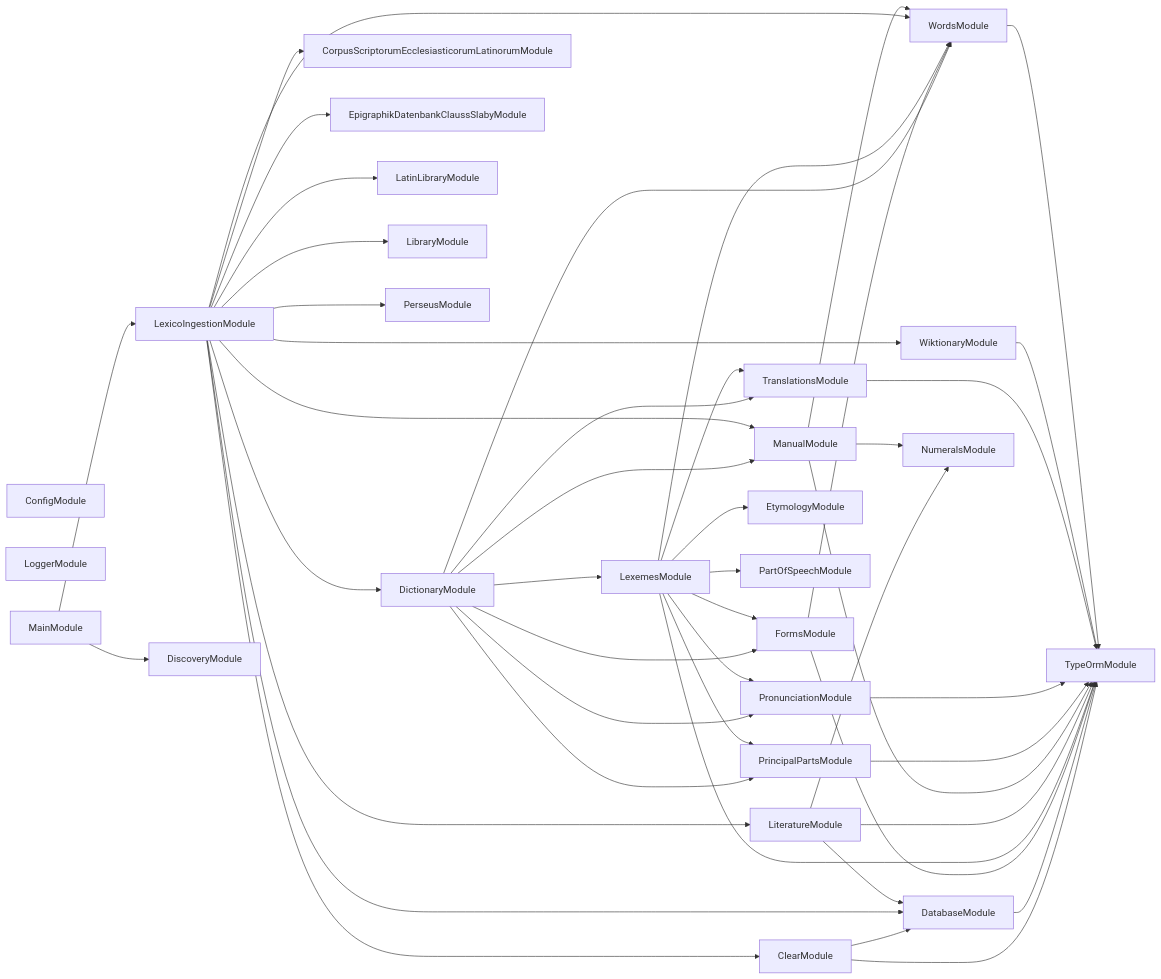
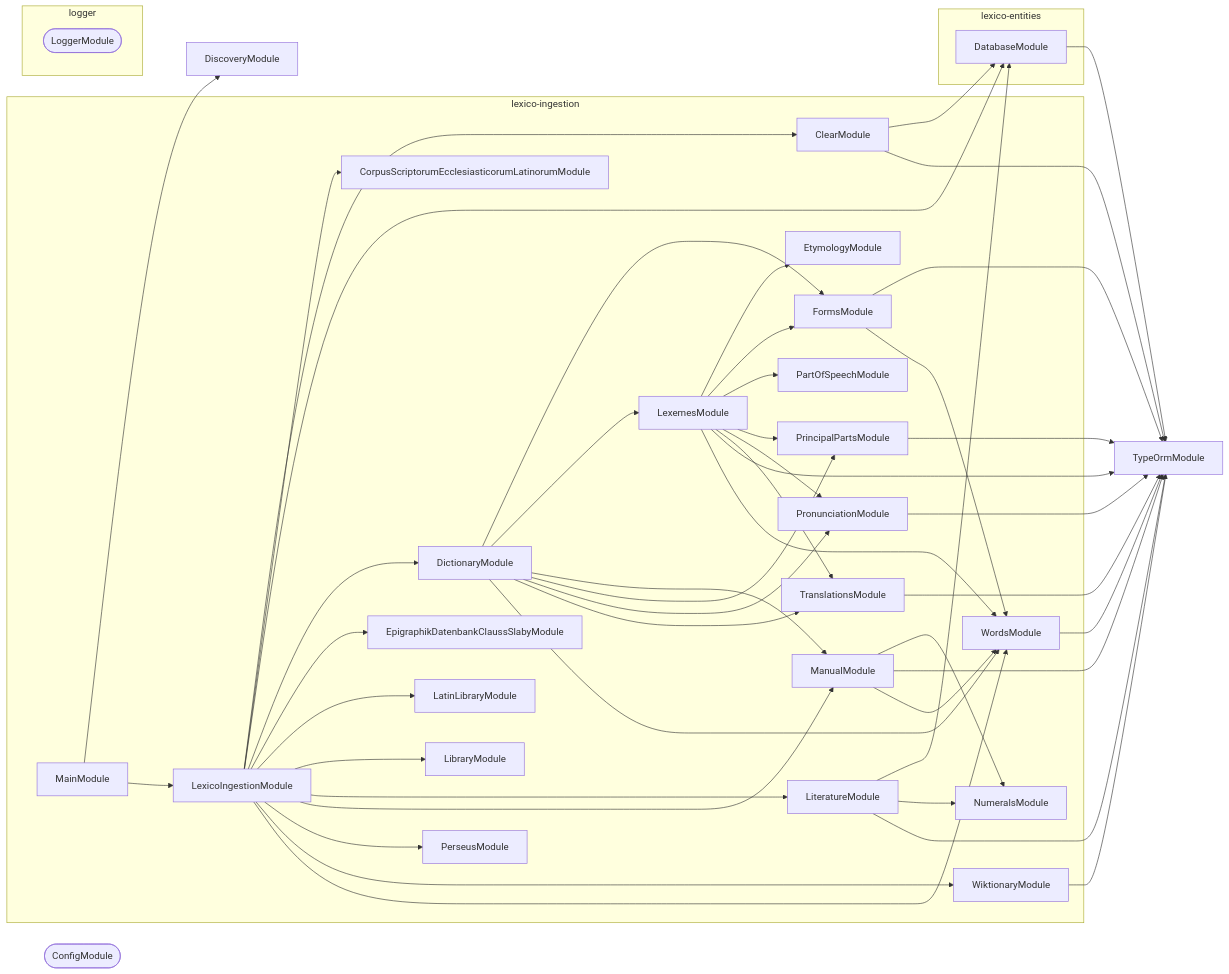
Before and after one commit to JimmyPaolini/codebase: the second of 2 diagrams in applications/lexico-ingestion/README.md, drawn with Mermaid. The commit also changed other lines of this file and 71 other files, not shown here.

Commit message:
feat(synchronization): ✨ group module graphs by package and add nx project graphs

````diff
--- a/applications/lexico-ingestion/README.md
+++ b/applications/lexico-ingestion/README.md
@@ -73,50 +92,80 @@
 ```mermaid
 flowchart LR
-  ConfigModule
-  LoggerModule
+  subgraph group0["lexico-ingestion"]
+    ClearModule
+    CorpusScriptorumEcclesiasticorumLatinorumModule
+    DictionaryModule
+    EpigraphikDatenbankClaussSlabyModule
+    EtymologyModule
+    FormsModule
+    LatinLibraryModule
+    LexemesModule
+    LexicoIngestionModule
+    LibraryModule
+    LiteratureModule
+    MainModule
+    ManualModule
+    NumeralsModule
+    PartOfSpeechModule
+    PerseusModule
+    PrincipalPartsModule
+    PronunciationModule
+    TranslationsModule
+    WiktionaryModule
+    WordsModule
+  end
+  subgraph group1["lexico-entities"]
+    DatabaseModule
+  end
+  subgraph group2["logger"]
+    LoggerModule([LoggerModule])
+  end
+  ConfigModule([ConfigModule])
+  DiscoveryModule
+  TypeOrmModule
   ClearModule --> DatabaseModule
   ClearModule --> TypeOrmModule
   DatabaseModule --> TypeOrmModule
   DictionaryModule --> FormsModule
   DictionaryModule --> LexemesModule
   DictionaryModule --> ManualModule
   DictionaryModule --> PrincipalPartsModule
   DictionaryModule --> PronunciationModule
   DictionaryModule --> TranslationsModule
   DictionaryModule --> WordsModule
   FormsModule --> TypeOrmModule
   FormsModule --> WordsModule
   LexemesModule --> EtymologyModule
   LexemesModule --> FormsModule
   LexemesModule --> PartOfSpeechModule
   LexemesModule --> PrincipalPartsModule
   LexemesModule --> PronunciationModule
   LexemesModule --> TranslationsModule
   LexemesModule --> TypeOrmModule
   LexemesModule --> WordsModule
   LexicoIngestionModule --> ClearModule
   LexicoIngestionModule --> CorpusScriptorumEcclesiasticorumLatinorumModule
   LexicoIngestionModule --> DatabaseModule
   LexicoIngestionModule --> DictionaryModule
   LexicoIngestionModule --> EpigraphikDatenbankClaussSlabyModule
   LexicoIngestionModule --> LatinLibraryModule
   LexicoIngestionModule --> LibraryModule
   LexicoIngestionModule --> LiteratureModule
   LexicoIngestionModule --> ManualModule
   LexicoIngestionModule --> PerseusModule
   LexicoIngestionModule --> WiktionaryModule
   LexicoIngestionModule --> WordsModule
   LiteratureModule --> DatabaseModule
   LiteratureModule --> NumeralsModule
   LiteratureModule --> TypeOrmModule
   MainModule --> DiscoveryModule
   MainModule --> LexicoIngestionModule
   ManualModule --> NumeralsModule
   ManualModule --> TypeOrmModule
   ManualModule --> WordsModule
   PrincipalPartsModule --> TypeOrmModule
   PronunciationModule --> TypeOrmModule
   TranslationsModule --> TypeOrmModule
   WiktionaryModule --> TypeOrmModule
   WordsModule --> TypeOrmModule
 ```
````
